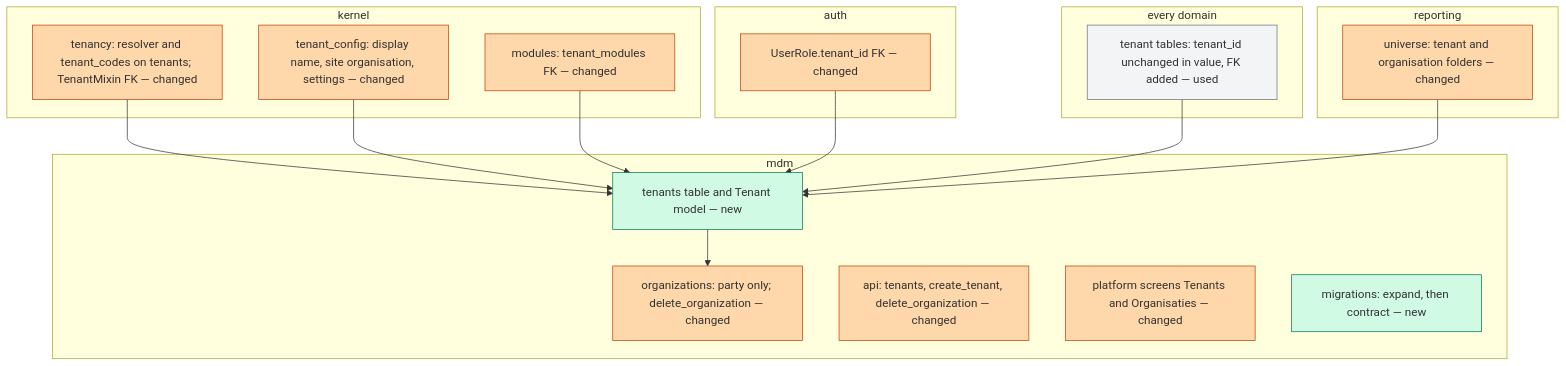
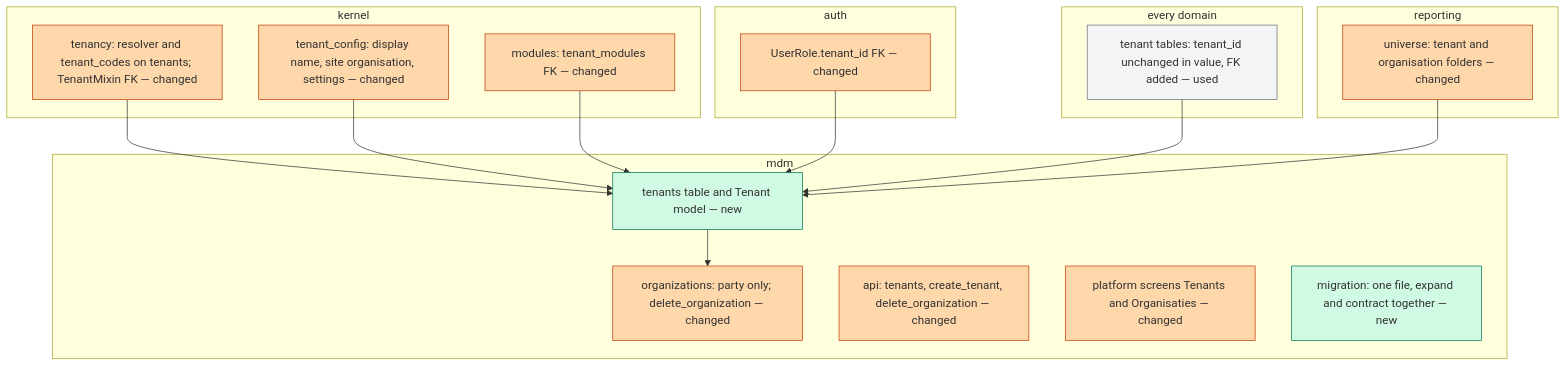
One commit to KoenRenders/KoenTest changed the fourth of 5 diagrams in docs/change_request_20_tenant_apart_from_organisation.md. Above: the diagram before and after it, drawn with Mermaid. The commit also changed other lines of this file, not shown here.

First line of the commit message:
docs(cr-20): B8 answered — one release, contract included (#1578)

````diff
--- a/docs/change_request_20_tenant_apart_from_organisation.md
+++ b/docs/change_request_20_tenant_apart_from_organisation.md
@@ -222,34 +222,34 @@
 ```mermaid
 flowchart TB
   subgraph mdm[mdm]
     m1[tenants table and Tenant model — new]:::new
     m2[organizations: party only; delete_organization — changed]:::chg
     m3[api: tenants, create_tenant, delete_organization — changed]:::chg
     m4[platform screens Tenants and Organisaties — changed]:::chg
-    m5[migrations: expand, then contract — new]:::new
+    m5[migration: one file, expand and contract together — new]:::new
   end
   subgraph kernel[kernel]
     k1[tenancy: resolver and tenant_codes on tenants; TenantMixin FK — changed]:::chg
     k2[tenant_config: display name, site organisation, settings — changed]:::chg
     k3[modules: tenant_modules FK — changed]:::chg
   end
   subgraph auth[auth]
     a1[UserRole.tenant_id FK — changed]:::chg
   end
   subgraph all[every domain]
     d1[tenant tables: tenant_id unchanged in value, FK added — used]:::used
   end
   subgraph rep[reporting]
     r1[universe: tenant and organisation folders — changed]:::chg
   end
   k1 --> m1
   k2 --> m1
   k3 --> m1
   a1 --> m1
   d1 --> m1
   m1 --> m2
   r1 --> m1
   classDef new fill:#d1fae5,stroke:#047857
   classDef chg fill:#fed7aa,stroke:#c2410c
   classDef used fill:#f3f4f6,stroke:#6b7280
 ```
````
